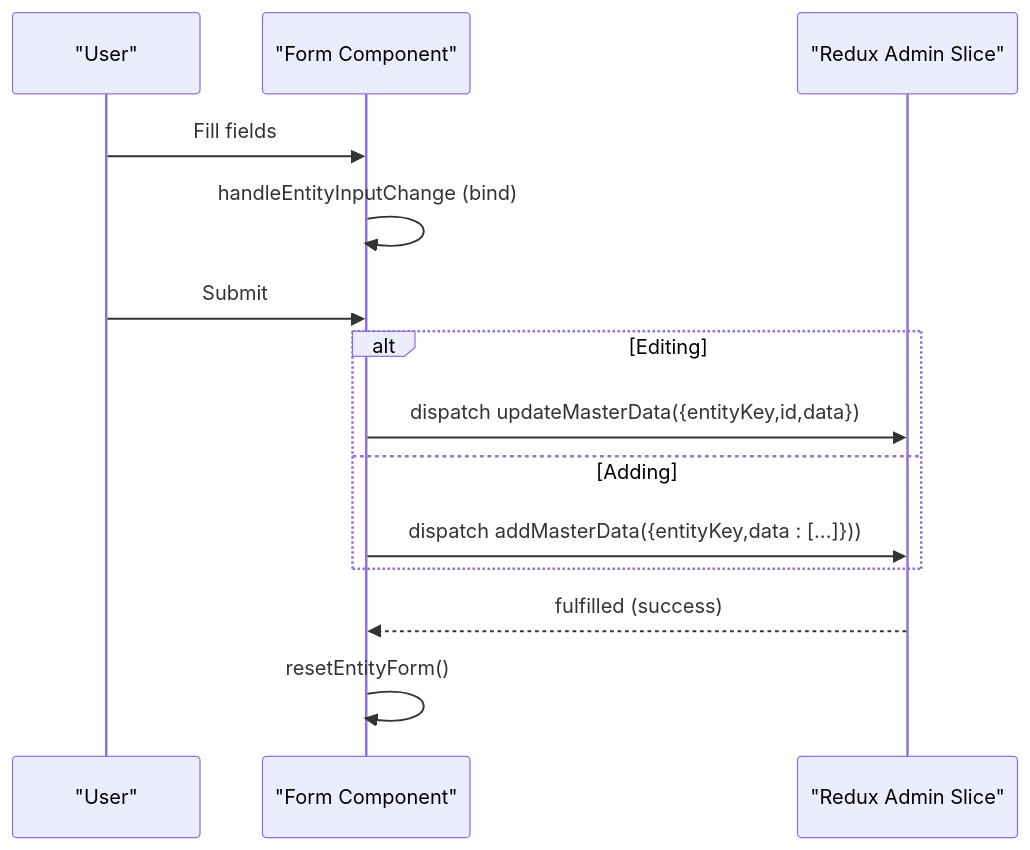
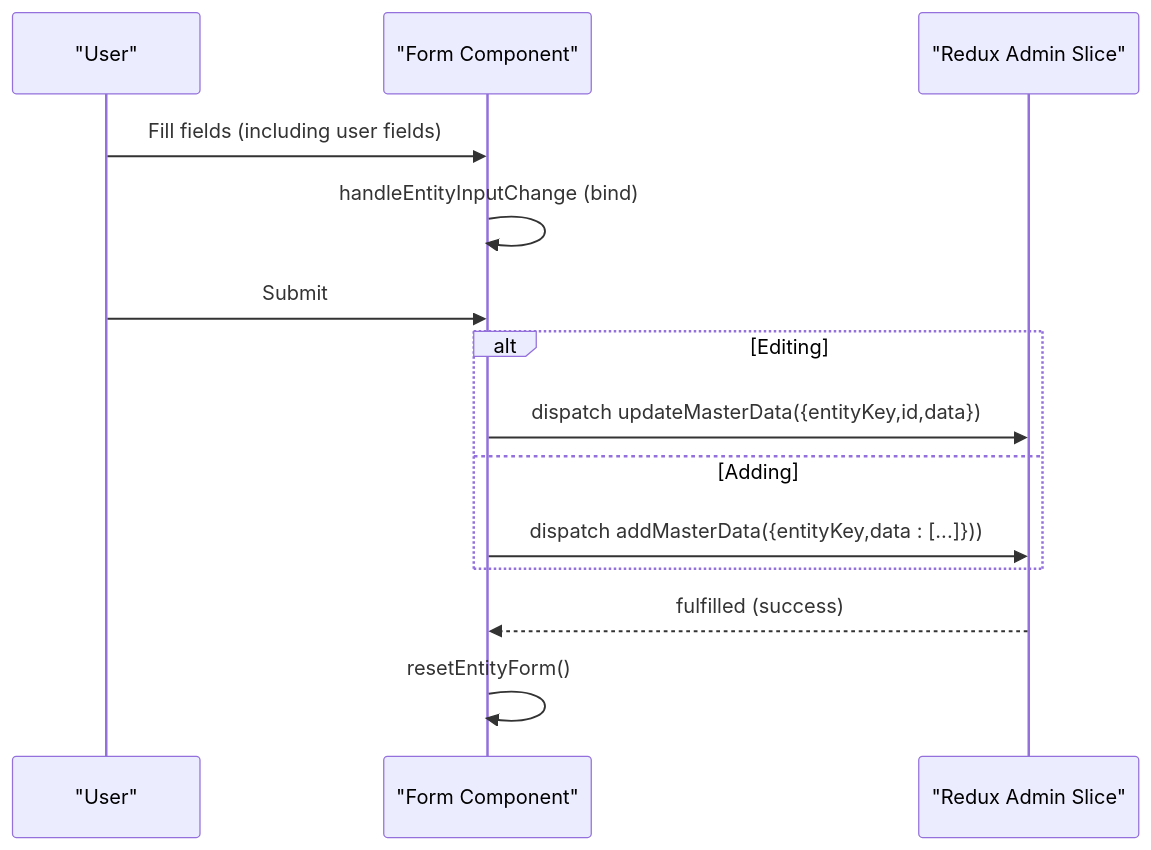
One commit to Aryan9060/Timetable-Project changed the fourth of 10 diagrams in .qoder/repowiki/en/content/Master Data Management/Master Data Management.md. Above: the diagram before and after it, drawn with Mermaid. The commit also changed other lines of this file and 8 other files, not shown here.

````diff
--- a/.qoder/repowiki/en/content/Master Data Management/Master Data Management.md
+++ b/.qoder/repowiki/en/content/Master Data Management/Master Data Management.md
@@ -176,16 +195,16 @@
 ```mermaid
 sequenceDiagram
 participant User as "User"
 participant Form as "Form Component"
 participant Store as "Redux Admin Slice"
-User->>Form : Fill fields
+User->>Form : Fill fields (including user fields)
 Form->>Form : handleEntityInputChange (bind)
 User->>Form : Submit
 alt Editing
 Form->>Store : dispatch updateMasterData({entityKey,id,data})
 else Adding
 Form->>Store : dispatch addMasterData({entityKey,data : [...]}))
 end
 Store-->>Form : fulfilled (success)
 Form->>Form : resetEntityForm()
 ```
````
